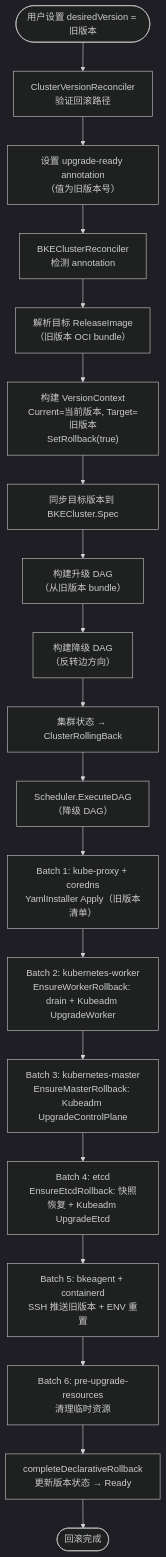
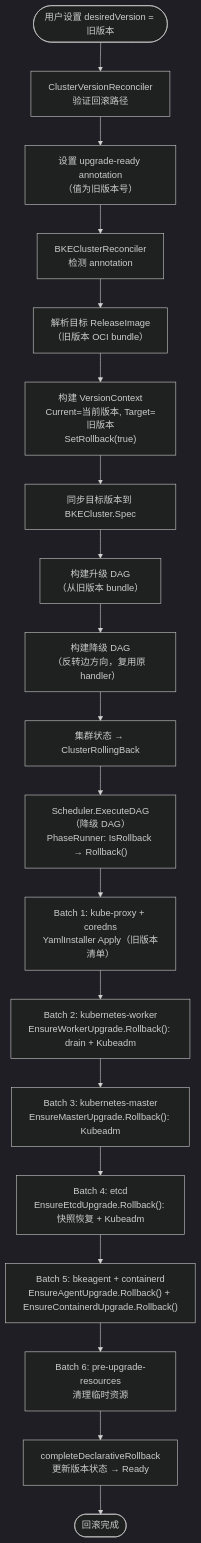
The second of 3 diagrams in code/kep/kep6/kep11-cluster-rollback-design.md (javadoors/cluster-api-provider-bke), drawn with Mermaid (dark theme) before and after one commit. The commit also changed other lines of this file, not shown here.

First line of the commit message:
docs(kep-11): redesign rollback to use Rollback() interface on existing Phases

````diff
--- a/code/kep/kep6/kep11-cluster-rollback-design.md
+++ b/code/kep/kep6/kep11-cluster-rollback-design.md
@@ -1587,23 +1531,23 @@
 ```mermaid
 flowchart TD
     Start(["用户设置 desiredVersion = 旧版本"]) --> CV["ClusterVersionReconciler<br/>验证回滚路径"]
     CV --> Anno["设置 upgrade-ready annotation<br/>（值为旧版本号）"]
     Anno --> Detect["BKEClusterReconciler<br/>检测 annotation"]
     Detect --> Resolve["解析目标 ReleaseImage<br/>（旧版本 OCI bundle）"]
     Resolve --> VC["构建 VersionContext<br/>Current=当前版本, Target=旧版本<br/>SetRollback(true)"]
     VC --> Sync["同步目标版本到 BKECluster.Spec"]
     Sync --> BuildUp["构建升级 DAG<br/>（从旧版本 bundle）"]
-    BuildUp --> BuildDown["构建降级 DAG<br/>（反转边方向）"]
+    BuildUp --> BuildDown["构建降级 DAG<br/>（反转边方向，复用原 handler）"]
     BuildDown --> Status["集群状态 → ClusterRollingBack"]
-    Status --> Exec["Scheduler.ExecuteDAG<br/>（降级 DAG）"]
+    Status --> Exec["Scheduler.ExecuteDAG<br/>（降级 DAG）<br/>PhaseRunner: IsRollback → Rollback()"]
     
     Exec --> B1["Batch 1: kube-proxy + coredns<br/>YamlInstaller Apply（旧版本清单）"]
-    B1 --> B2["Batch 2: kubernetes-worker<br/>EnsureWorkerRollback: drain + Kubeadm UpgradeWorker"]
-    B2 --> B3["Batch 3: kubernetes-master<br/>EnsureMasterRollback: Kubeadm UpgradeControlPlane"]
-    B3 --> B4["Batch 4: etcd<br/>EnsureEtcdRollback: 快照恢复 + Kubeadm UpgradeEtcd"]
-    B4 --> B5["Batch 5: bkeagent + containerd<br/>SSH 推送旧版本 + ENV 重置"]
+    B1 --> B2["Batch 2: kubernetes-worker<br/>EnsureWorkerUpgrade.Rollback(): drain + Kubeadm"]
+    B2 --> B3["Batch 3: kubernetes-master<br/>EnsureMasterUpgrade.Rollback(): Kubeadm"]
+    B3 --> B4["Batch 4: etcd<br/>EnsureEtcdUpgrade.Rollback(): 快照恢复 + Kubeadm"]
+    B4 --> B5["Batch 5: bkeagent + containerd<br/>EnsureAgentUpgrade.Rollback() + EnsureContainerdUpgrade.Rollback()"]
     B5 --> B6["Batch 6: pre-upgrade-resources<br/>清理临时资源"]
     
     B6 --> Complete["completeDeclarativeRollback<br/>更新版本状态 → Ready"]
     Complete --> End(["回滚完成"])
 ```
````
